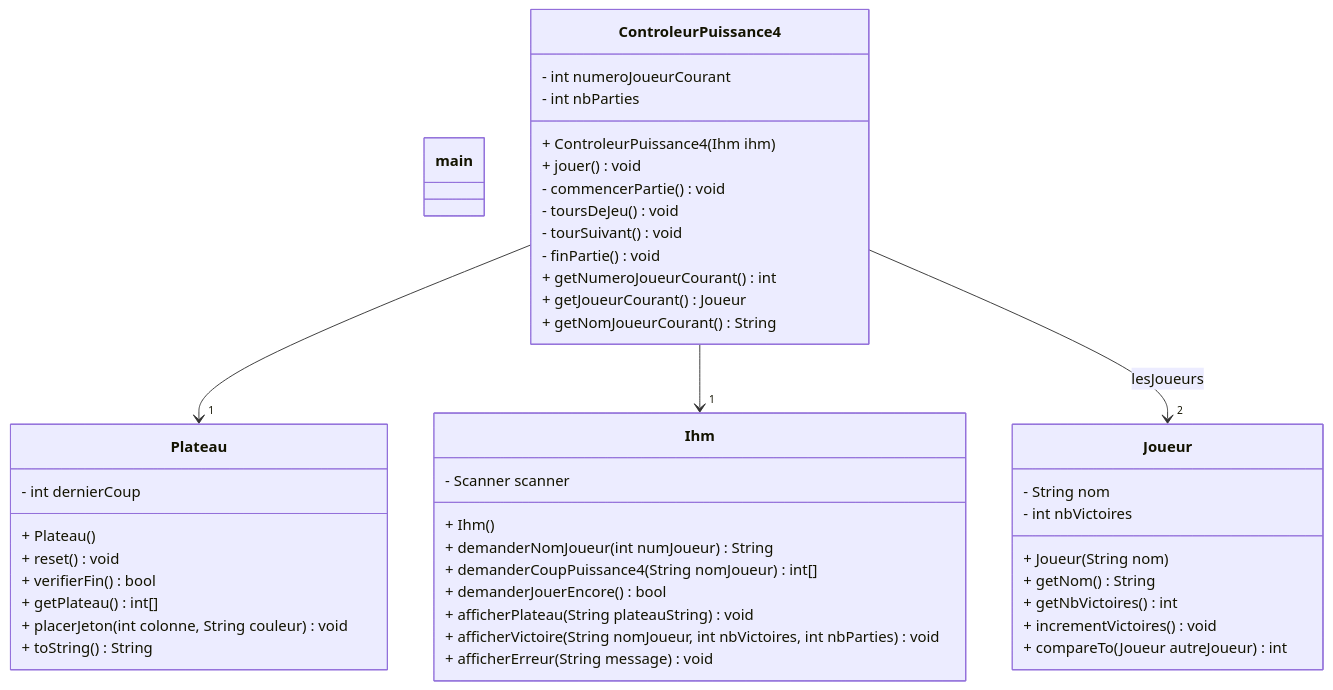
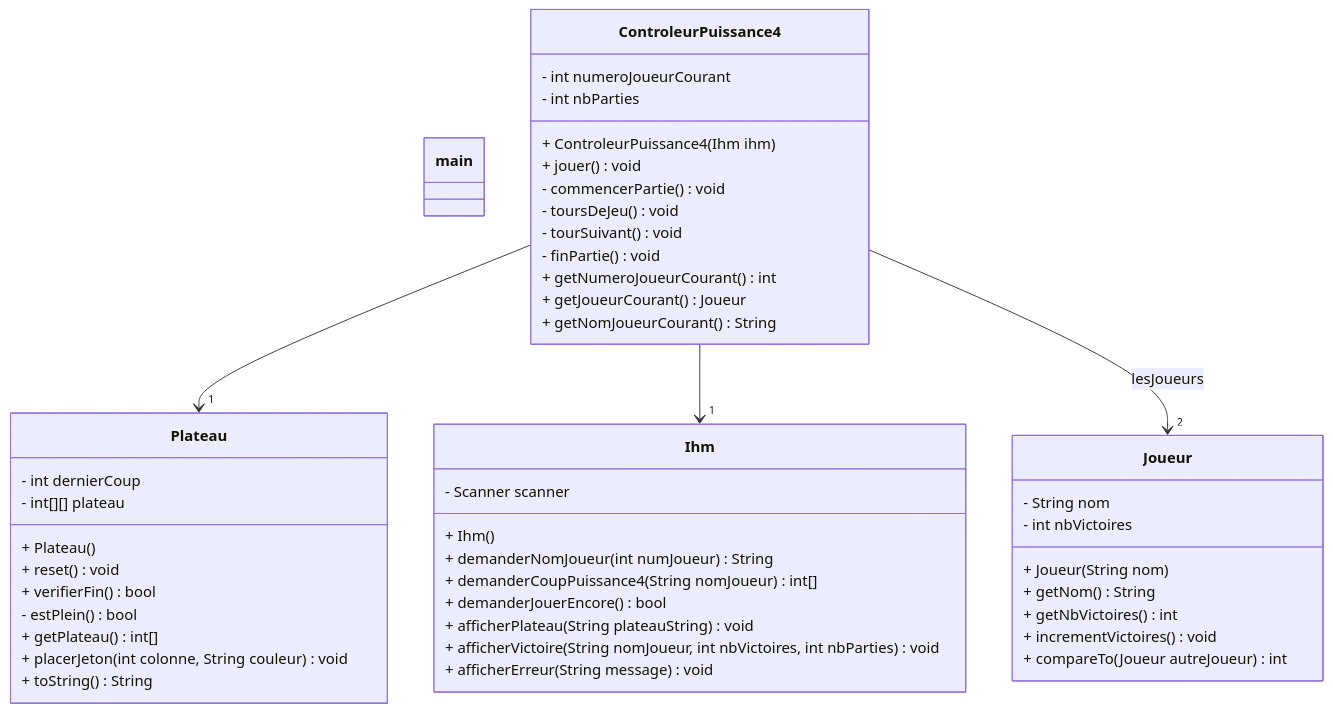
The second of 2 diagrams in Document/Iteration2/Iteration2.md (Kaawan-d20/CDA), drawn with Mermaid before and after one commit. The commit also changed other lines of this file and 11 other files, not shown here.

Commit message:
Modif du diagramme de classe + début du code (je vais manger)

````diff
--- a/Document/Iteration2/Iteration2.md
+++ b/Document/Iteration2/Iteration2.md
@@ -66,59 +70,61 @@
 ```mermaid
 classDiagram
     class main {
 
     }
 
     class Ihm {
         - Scanner scanner
 
         + Ihm()
         + demanderNomJoueur(int numJoueur) String
         + demanderCoupPuissance4(String nomJoueur) int[]
         + demanderJouerEncore() bool
         + afficherPlateau(String plateauString) void
         + afficherVictoire(String nomJoueur, int nbVictoires, int nbParties) void
         + afficherErreur(String message) void
     }
 
     class ControleurPuissance4 {
         - int numeroJoueurCourant
         - int nbParties
         
         + ControleurPuissance4(Ihm ihm)
         + jouer () void
         - commencerPartie() void
         - toursDeJeu() void
         - tourSuivant() void
         - finPartie() void
         + getNumeroJoueurCourant() int
         + getJoueurCourant() Joueur
         + getNomJoueurCourant() String
     }
 
     class Joueur {
         - String nom
         - int nbVictoires
 
         + Joueur(String nom)
         + getNom() String
         + getNbVictoires() int
         + incrementVictoires() void
         + compareTo(Joueur autreJoueur) int
     }
 
     class Plateau {
         - int dernierCoup
+        - int[][] plateau
                 
         + Plateau ()
         + reset() void
         + verifierFin() bool
+        - estPlein() bool
         + getPlateau() int[]
         + placerJeton(int colonne, String couleur) void
         + toString() String
     }
 
     ControleurPuissance4 --> "1" Plateau
     ControleurPuissance4 --> "1" Ihm
     ControleurPuissance4 --> "2" Joueur : lesJoueurs
 ```
````
